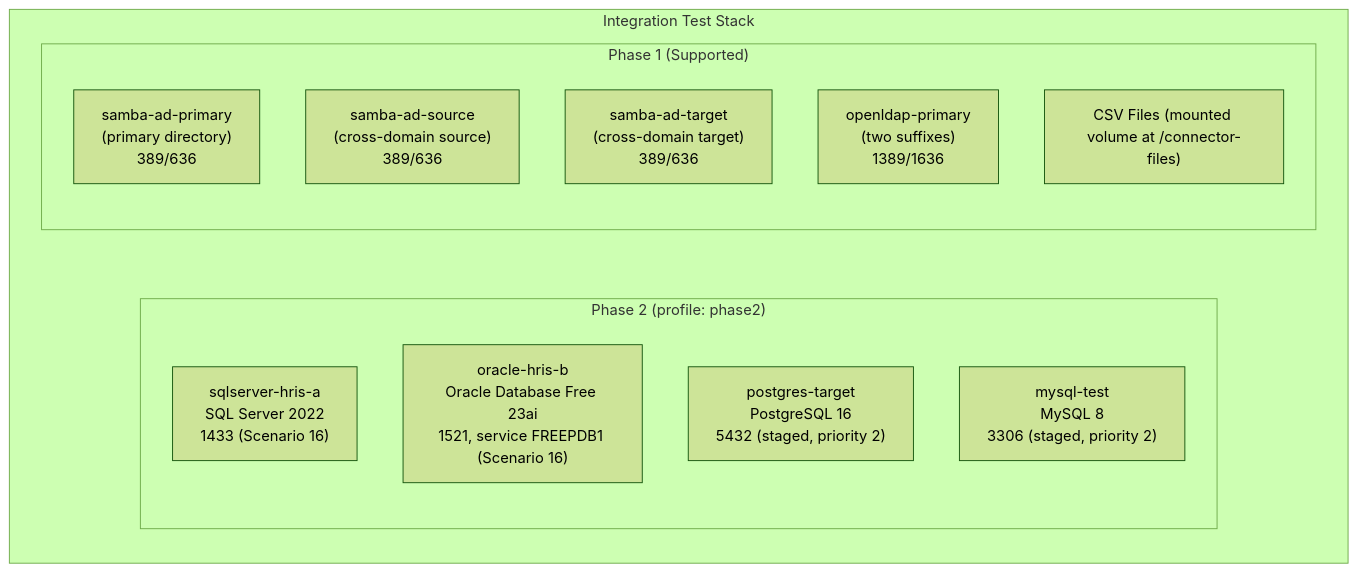
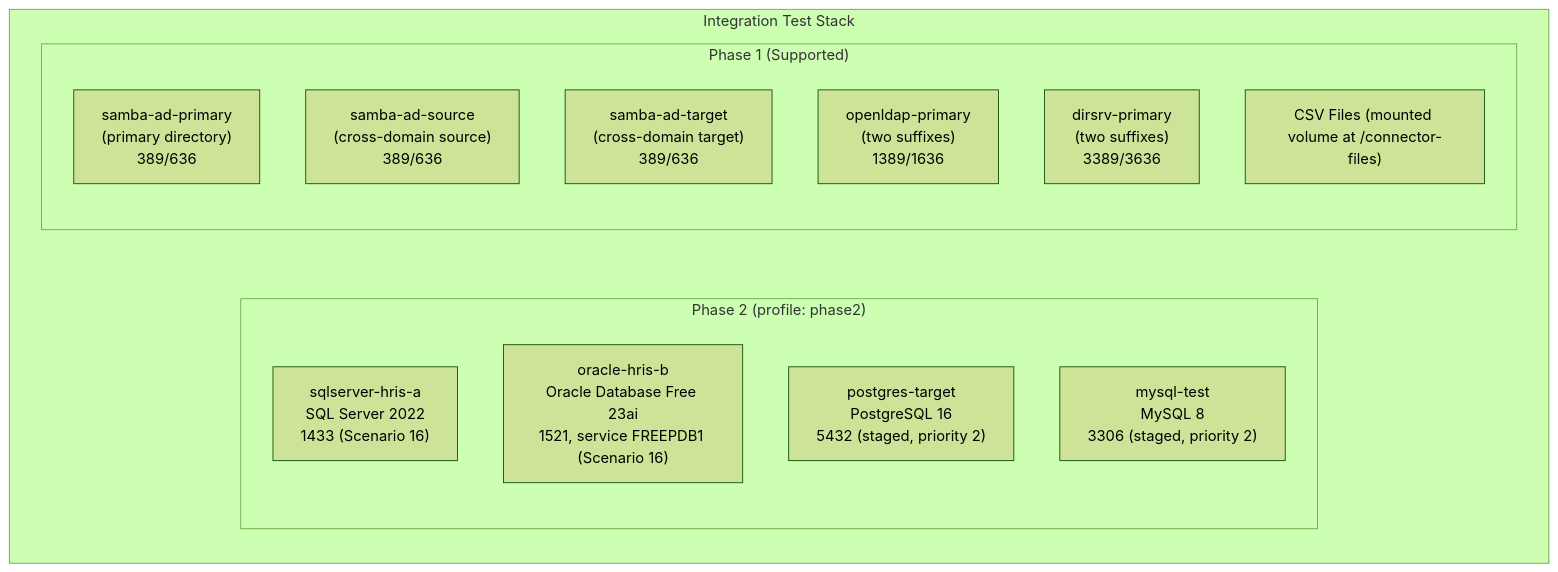
One commit to TetronIO/JIM changed the second of 2 diagrams in engineering/INTEGRATION_TESTING.md. Above: the diagram before and after it, drawn with Mermaid (forest theme). The commit also changed other lines of this file and 6 other files, not shown here.

````diff
--- a/engineering/INTEGRATION_TESTING.md
+++ b/engineering/INTEGRATION_TESTING.md
@@ -325,22 +329,23 @@
 ```mermaid
 flowchart TB
     subgraph Stack["Integration Test Stack"]
         direction TB
         subgraph P1["Phase 1 (Supported)"]
             direction TB
             P1A["samba-ad-primary<br/>(primary directory)<br/>389/636"]
             P1B["samba-ad-source<br/>(cross-domain source)<br/>389/636"]
             P1C["samba-ad-target<br/>(cross-domain target)<br/>389/636"]
             P1D["openldap-primary<br/>(two suffixes)<br/>1389/1636"]
+            P1E["dirsrv-primary<br/>(two suffixes)<br/>3389/3636"]
             CSV["CSV Files (mounted volume at /connector-files)"]
         end
         subgraph P2["Phase 2 (profile: phase2)"]
             direction TB
             P2A["sqlserver-hris-a<br/>SQL Server 2022<br/>1433 (Scenario 16)"]
             P2B["oracle-hris-b<br/>Oracle Database Free 23ai<br/>1521, service FREEPDB1 (Scenario 16)"]
             P2C["postgres-target<br/>PostgreSQL 16<br/>5432 (staged, priority 2)"]
             P2E["mysql-test<br/>MySQL 8<br/>3306 (staged, priority 2)"]
         end
         P1 ~~~ P2
     end
 ```
````
